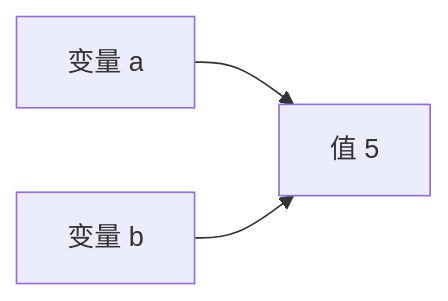
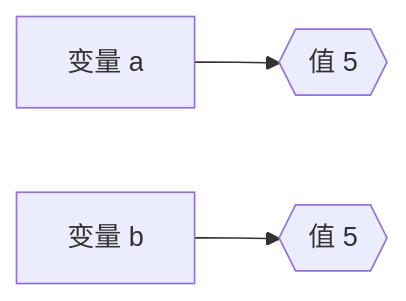
Before and after one commit to ApolloMonasa/ApolloMonasa.github.io: the third of 6 diagrams in content/docs/NeoForge/1Preparations/2LanguageReview/1Java/02Values_Evaluation.md, drawn with Mermaid. The commit also changed other lines of this file and 1 other file, not shown here.

````diff
--- a/content/docs/NeoForge/1Preparations/2LanguageReview/1Java/02Values_Evaluation.md
+++ b/content/docs/NeoForge/1Preparations/2LanguageReview/1Java/02Values_Evaluation.md
@@ -162,5 +282,5 @@
 ```mermaid
 graph LR
-    a["变量 a"] --> v5["值 5"]
-    b["变量 b"] --> v5
+    a["变量 a"] --> v5{{"值 5"}}
+    b["变量 b"] --> v5_{{值 5}}
 ```
````
